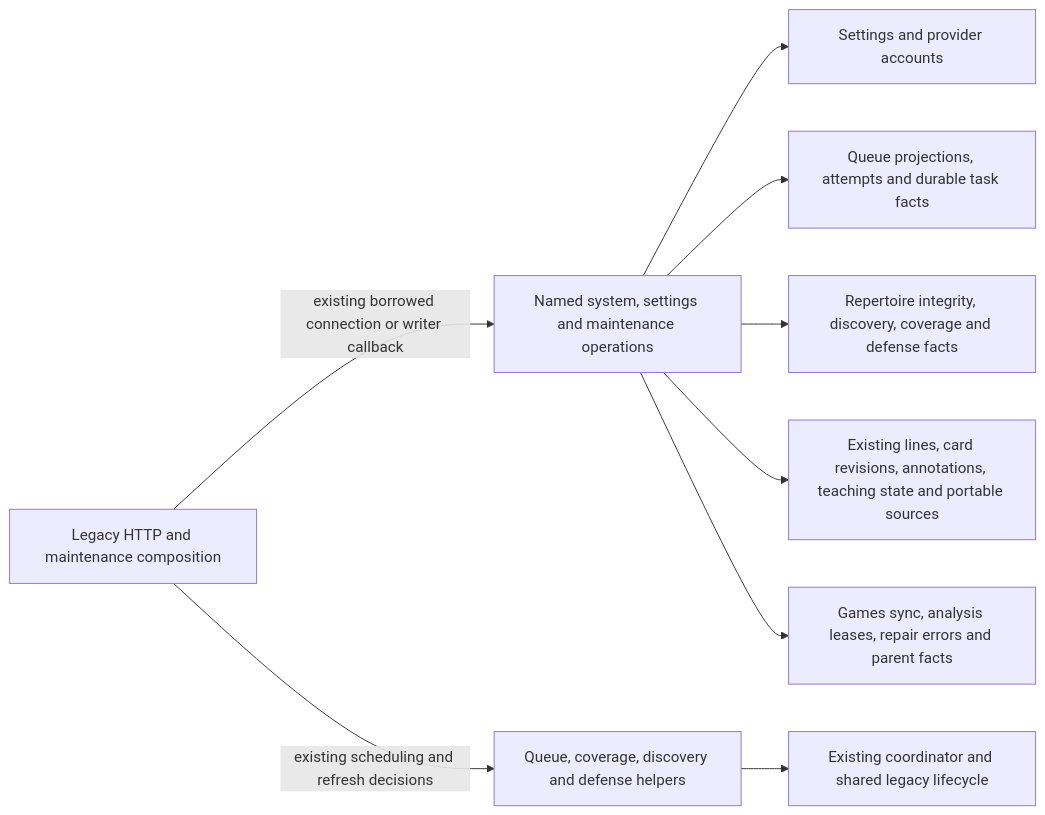
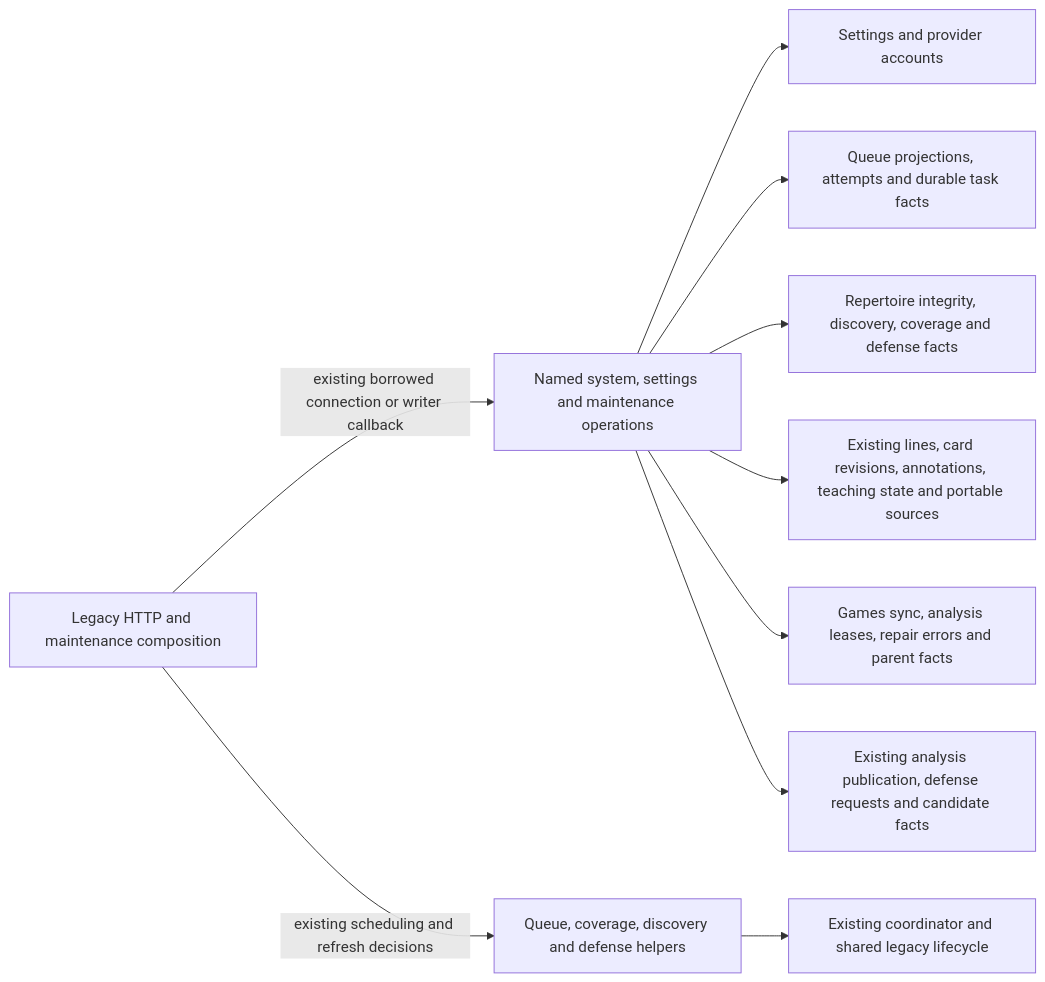
One commit to aaweaver-actuary/tempo changed the diagram in database/tempo_legacy_database/adapters/http_composition/README.md. Above: the diagram before and after it, drawn with Mermaid. The commit also changed other lines of this file and 5 other files, not shown here.

Commit message:
Centralize analysis publication and defense control persistence from HTTP composition

````diff
--- a/database/tempo_legacy_database/adapters/http_composition/README.md
+++ b/database/tempo_legacy_database/adapters/http_composition/README.md
@@ -21,11 +22,12 @@
 ```mermaid
 flowchart LR
   http[Legacy HTTP and maintenance composition] -->|existing borrowed connection or writer callback| store[Named system, settings and maintenance operations]
   http -->|existing scheduling and refresh decisions| jobs[Queue, coverage, discovery and defense helpers]
   store --> settings[Settings and provider accounts]
   store --> queue[Queue projections, attempts and durable task facts]
   store --> source[Repertoire integrity, discovery, coverage and defense facts]
   store --> authoring[Existing lines, card revisions, annotations, teaching state and portable sources]
   store --> games[Games sync, analysis leases, repair errors and parent facts]
+  store --> publication[Existing analysis publication, defense requests and candidate facts]
   jobs --> lifecycle[Existing coordinator and shared legacy lifecycle]
 ```
````
